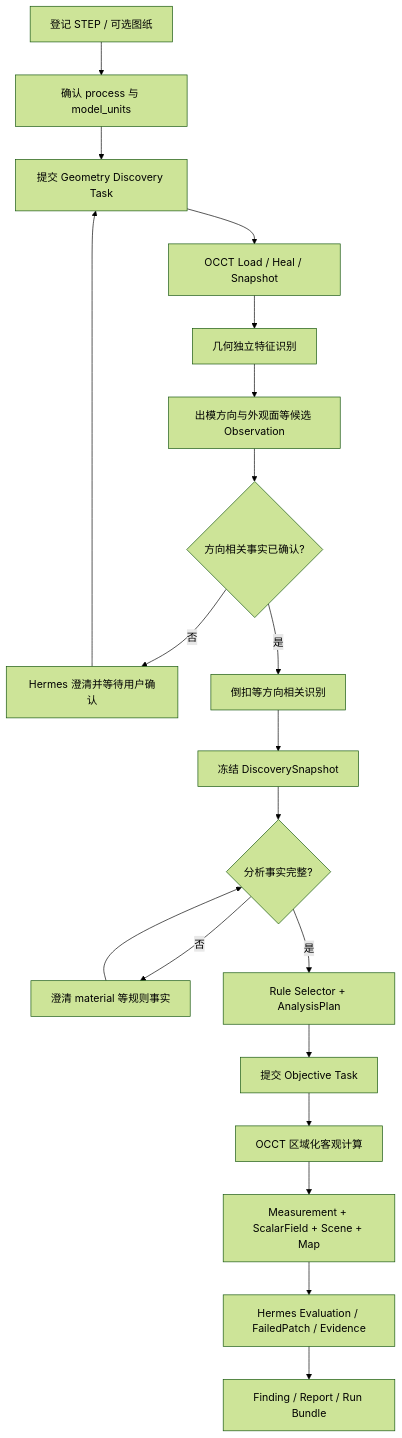
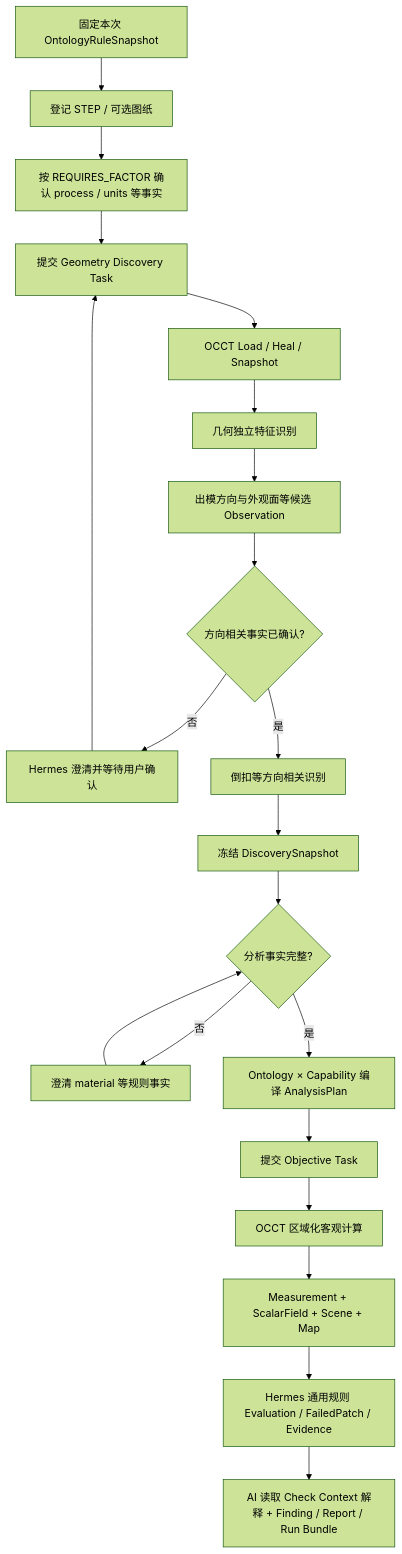
One commit to 1004860611/hermes-agent changed the second of 2 diagrams in docs/plans/2026-08-18-dfm-architecture-workflow-and-occt-contract.md. Above: the diagram before and after it, drawn with Mermaid (forest theme). The commit also changed other lines of this file and 28 other files, not shown here.

````diff
--- a/docs/plans/2026-08-18-dfm-architecture-workflow-and-occt-contract.md
+++ b/docs/plans/2026-08-18-dfm-architecture-workflow-and-occt-contract.md
@@ -54,22 +69,23 @@
 ```mermaid
 flowchart TD
-    A[登记 STEP / 可选图纸] --> B[确认 process 与 model_units]
+    A0[固定本次 OntologyRuleSnapshot] --> A[登记 STEP / 可选图纸]
+    A --> B[按 REQUIRES_FACTOR 确认 process / units 等事实]
     B --> C[提交 Geometry Discovery Task]
     C --> D[OCCT Load / Heal / Snapshot]
     D --> E[几何独立特征识别]
     E --> F[出模方向与外观面等候选 Observation]
     F --> G{方向相关事实已确认?}
     G -- 否 --> G1[Hermes 澄清并等待用户确认]
     G1 --> C
     G -- 是 --> H[倒扣等方向相关识别]
     H --> I[冻结 DiscoverySnapshot]
     I --> J{分析事实完整?}
     J -- 否 --> J1[澄清 material 等规则事实]
     J1 --> J
-    J -- 是 --> K[Rule Selector + AnalysisPlan]
+    J -- 是 --> K[Ontology × Capability 编译 AnalysisPlan]
     K --> L[提交 Objective Task]
     L --> M[OCCT 区域化客观计算]
     M --> N[Measurement + ScalarField + Scene + Map]
-    N --> O[Hermes Evaluation / FailedPatch / Evidence]
-    O --> P[Finding / Report / Run Bundle]
+    N --> O[Hermes 通用规则 Evaluation / FailedPatch / Evidence]
+    O --> P[AI 读取 Check Context 解释 + Finding / Report / Run Bundle]
 ```
````
